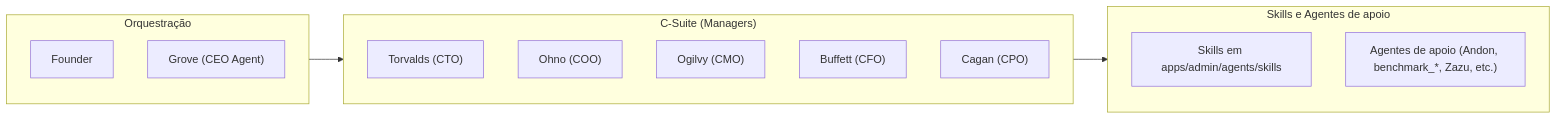
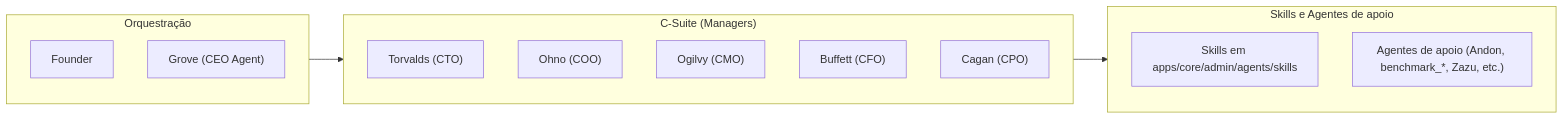
The second of 2 diagrams in wiki/Arquitetura-e-fluxo.md (adventurelabsbrasil/adventure-labs), drawn with Mermaid before and after one commit. The commit also changed 300 other files, not shown here.

First line of the commit message:
refactor(monorepo): ACORE taxonomy — apps/core, apps/labs; flatten nested .git; submodule paths sync

````diff
--- a/wiki/Arquitetura-e-fluxo.md
+++ b/wiki/Arquitetura-e-fluxo.md
@@ -29,23 +29,23 @@
 ```mermaid
 flowchart LR
     subgraph orchestrationLayer["Orquestração"]
         founderNode["Founder"]
         groveNode["Grove (CEO Agent)"]
     end
 
     subgraph managementLayer["C-Suite (Managers)"]
         torvaldsNode["Torvalds (CTO)"]
         ohnoNode["Ohno (COO)"]
         ogilvyNode["Ogilvy (CMO)"]
         buffettNode["Buffett (CFO)"]
         caganNode["Cagan (CPO)"]
     end
 
     subgraph executionLayer["Skills e Agentes de apoio"]
-        skillsNode["Skills em apps/admin/agents/skills"]
+        skillsNode["Skills em apps/core/admin/agents/skills"]
         supportAgentsNode["Agentes de apoio (Andon, benchmark_*, Zazu, etc.)"]
     end
 
     orchestrationLayer --> managementLayer
     managementLayer --> executionLayer
 ```
````
